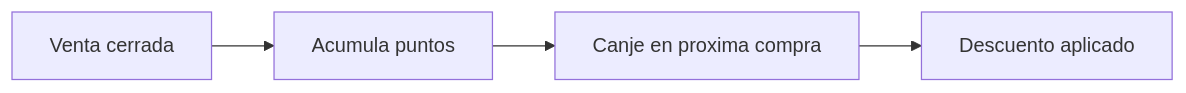
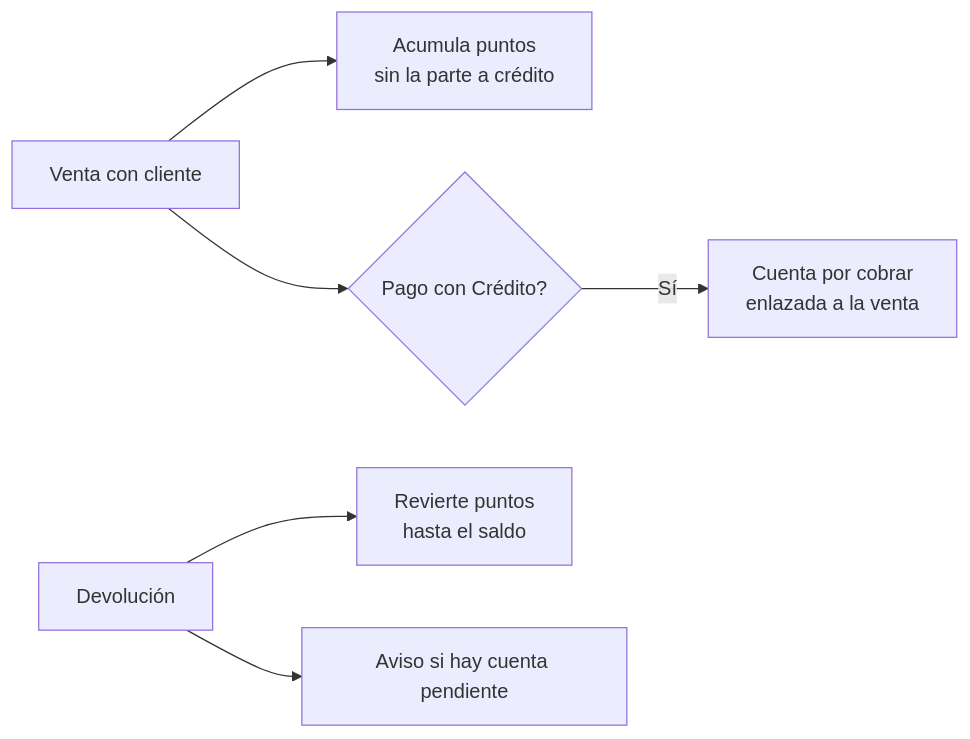
Before and after one commit to Javier-GarciaP/Licoreria-Backend-NET: the diagram in docs/dev/06-modulos/crm.md, drawn with Mermaid. The commit also changed other lines of this file and 91 other files, not shown here.

First line of the commit message:
feat(modulos-complementarios): cliente en la venta, puntos automáticos, fiado y reactivación de módulos

````diff
--- a/docs/dev/06-modulos/crm.md
+++ b/docs/dev/06-modulos/crm.md
@@ -20,6 +46,8 @@
 ```mermaid
 flowchart LR
-    V[Venta cerrada] --> P[Acumula puntos]
-    P --> C[Canje en proxima compra]
-    C --> D[Descuento aplicado]
+    V[Venta con cliente] --> P[Acumula puntos<br/>sin la parte a crédito]
+    V --> F{Pago con Crédito?}
+    F -- Sí --> C[Cuenta por cobrar<br/>enlazada a la venta]
+    D[Devolución] --> R[Revierte puntos<br/>hasta el saldo]
+    D --> A[Aviso si hay cuenta pendiente]
 ```
````
